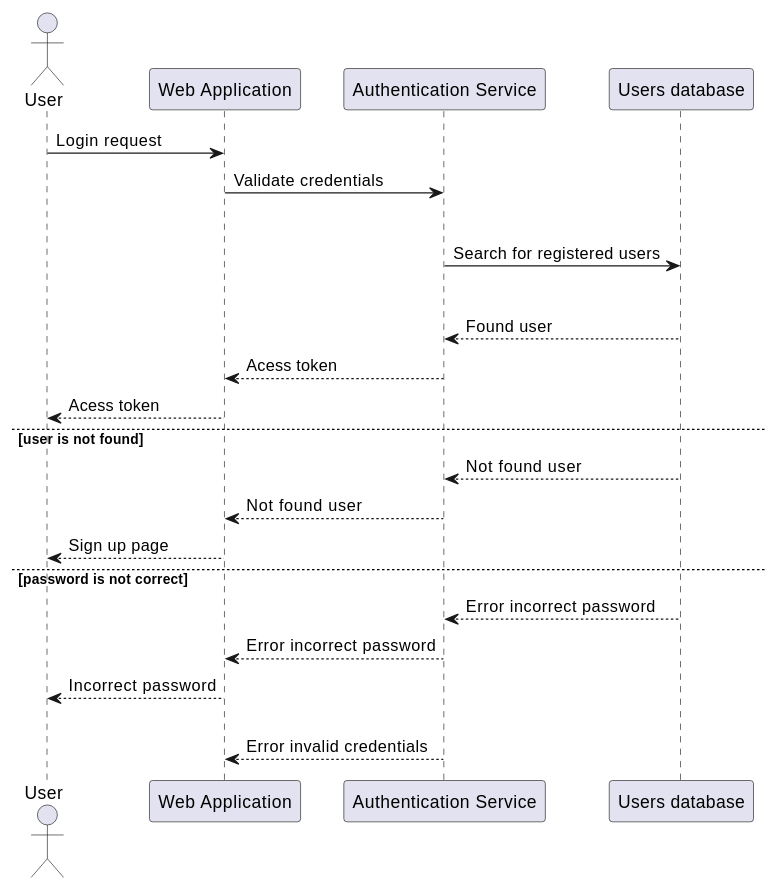
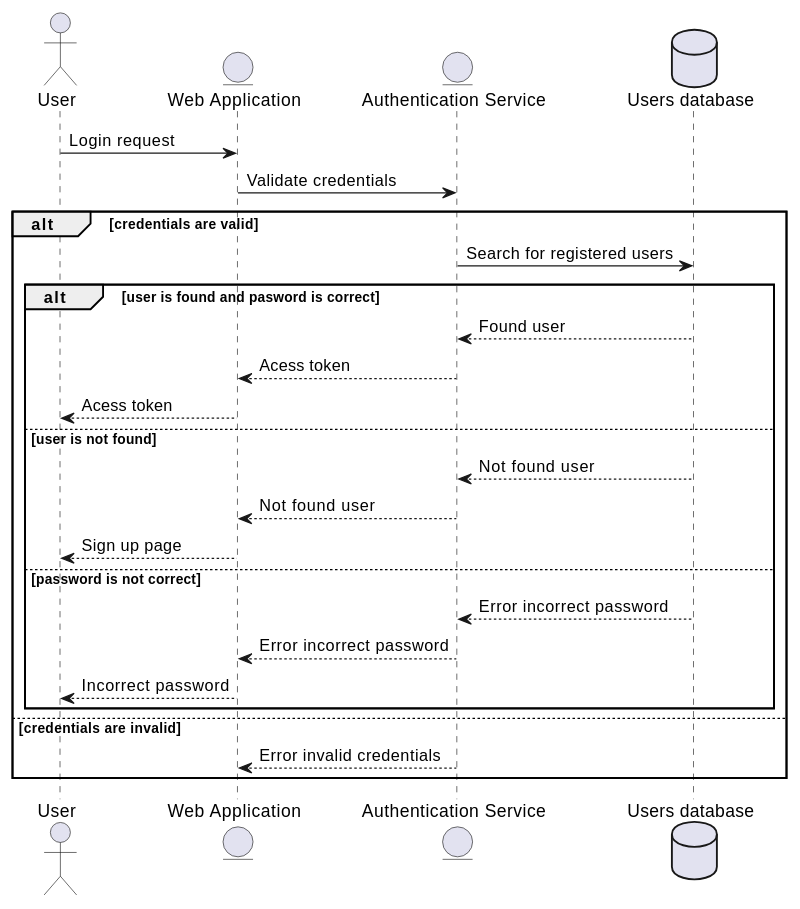
One commit to Arquisoft/wichat_en1b changed the second of 5 diagrams in docs/src/06_runtime_view.adoc. Above: the diagram before and after it, drawn with PlantUML. The commit also changed other lines of this file, not shown here.

Commit message:
Fixed bug and improve uml

```diff
--- a/docs/src/06_runtime_view.adoc
+++ b/docs/src/06_runtime_view.adoc
@@ -79,26 +81,28 @@
-[plantuml,"Authentication Sequence",png]
+[plantuml,"Authentication Log In Sequence",png]
 ----
 actor User
-participant "Web Application" as App
-participant "Authentication Service" as Auth
-participant "Users database" as Ust
+entity "Web Application" as App
+entity "Authentication Service" as Auth
+database "Users database" as Ust
 
 User -> App: Login request
 App -> Auth: Validate credentials
 alt credentials are valid
     Auth -> Ust: Search for registered users
     alt user is found and pasword is correct
         Ust --> Auth: Found user
         Auth --> App: Acess token
         App --> User: Acess token
     else user is not found 
         Ust --> Auth: Not found user
         Auth --> App: Not found user
         App --> User: Sign up page
     else password is not correct
         Ust --> Auth: Error incorrect password
         Auth --> App: Error incorrect password
         App --> User: Incorrect password
+    end
 else credentials are invalid
     Auth --> App: Error invalid credentials
+end
 ----
```
